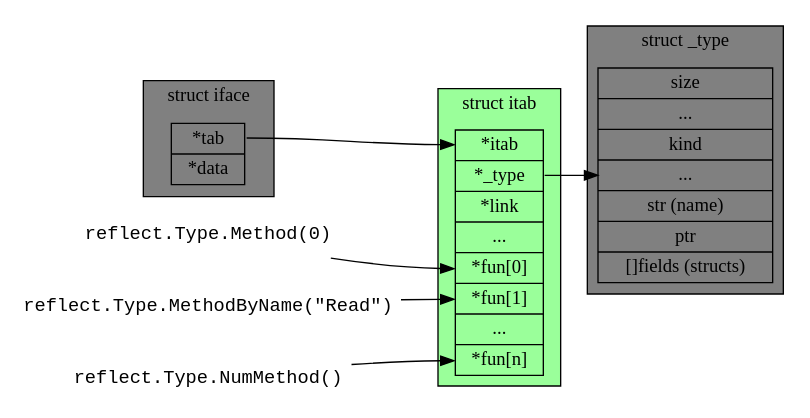
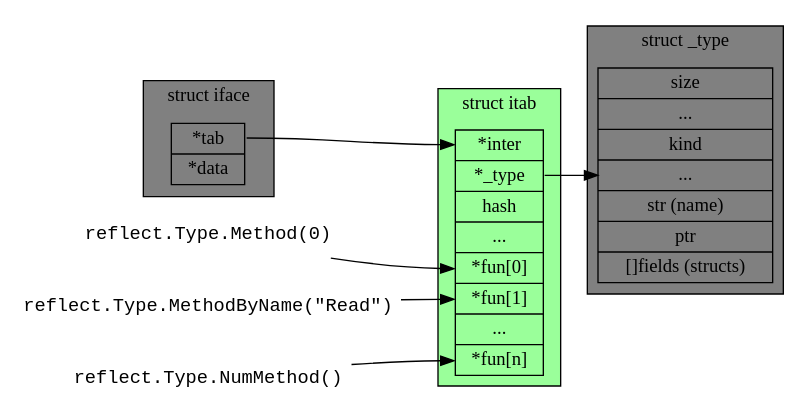
One commit to gopheracademy/gopheracademy-web changed the diagram in content/advent-2018/interfaces-images/reflect-method.dot. Above: the diagram before and after it, drawn with Graphviz. The commit also changed 5 other files, not shown here.

```diff
--- a/content/advent-2018/interfaces-images/reflect-method.dot
+++ b/content/advent-2018/interfaces-images/reflect-method.dot
@@ -1,29 +1,29 @@
 digraph G {
   rankdir="LR";
   subgraph X {
     node [shape=record]
     subgraph cluster_0 {
       label = "struct iface";
 			bgcolor=grey;
       iface [ label = " <iftab> *tab  | <data> *data " ];
     }
     subgraph cluster_1 {
       label = "struct itab";
 			bgcolor=palegreen1;
-      itable [ label = " <itab> *itab  | <type> *_type | *link  | ... | <func0> *fun[0] | <func1> *fun[1] | ... | <funcn> *fun[n] " ];
+      itable [ label = " <itab> *inter  | <type> *_type | hash | ... | <func0> *fun[0] | <func1> *fun[1] | ... | <funcn> *fun[n] " ];
     }
     subgraph cluster_3 {
       label = "struct _type";
 			bgcolor=grey;
       type [ label = " <size> size | ... | <kind> kind | ...| <name> str (name) | ptr | <fields> []fields (structs)" ];
     }
   }
 
 	node [fontname=courier, shape=none]
 	"reflect.Type.Method(0)" -> itable:func0;
 	"reflect.Type.MethodByName(\"Read\")" -> itable:func1;
 	"reflect.Type.NumMethod()" -> itable:funcn;
 
   itable:type -> type;
   iface:iftab -> itable:itab;
 }
```
